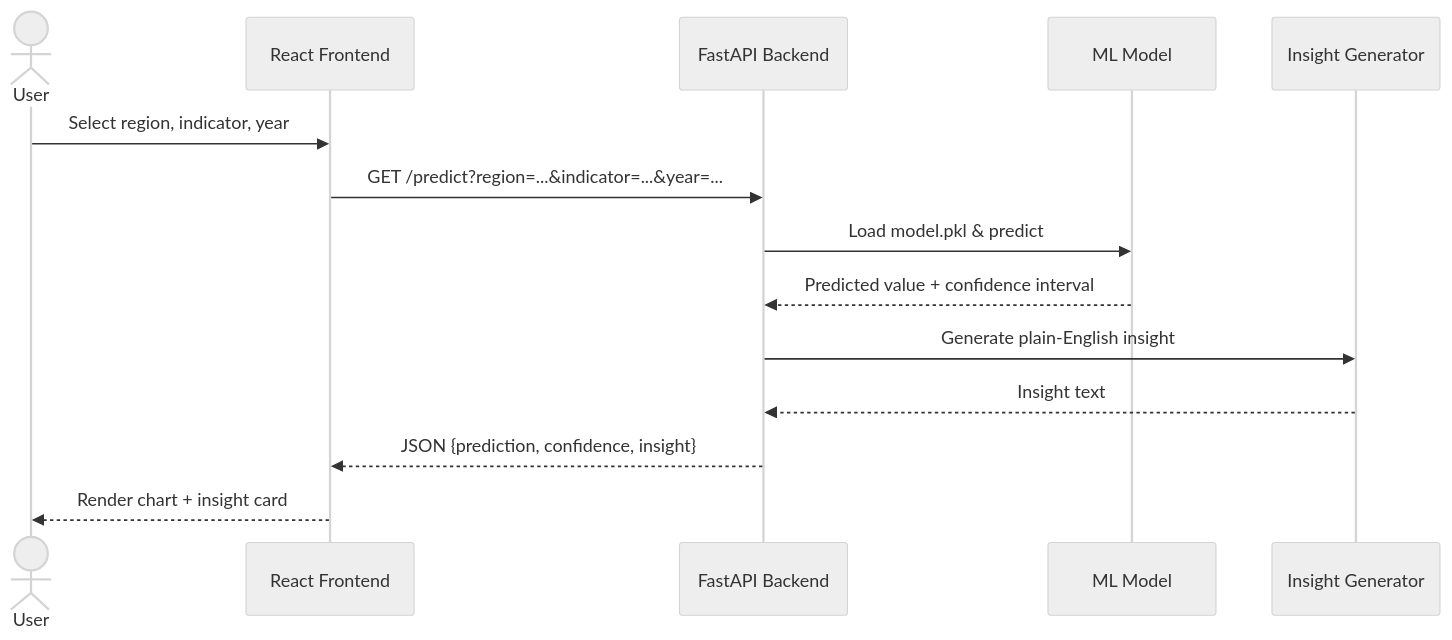
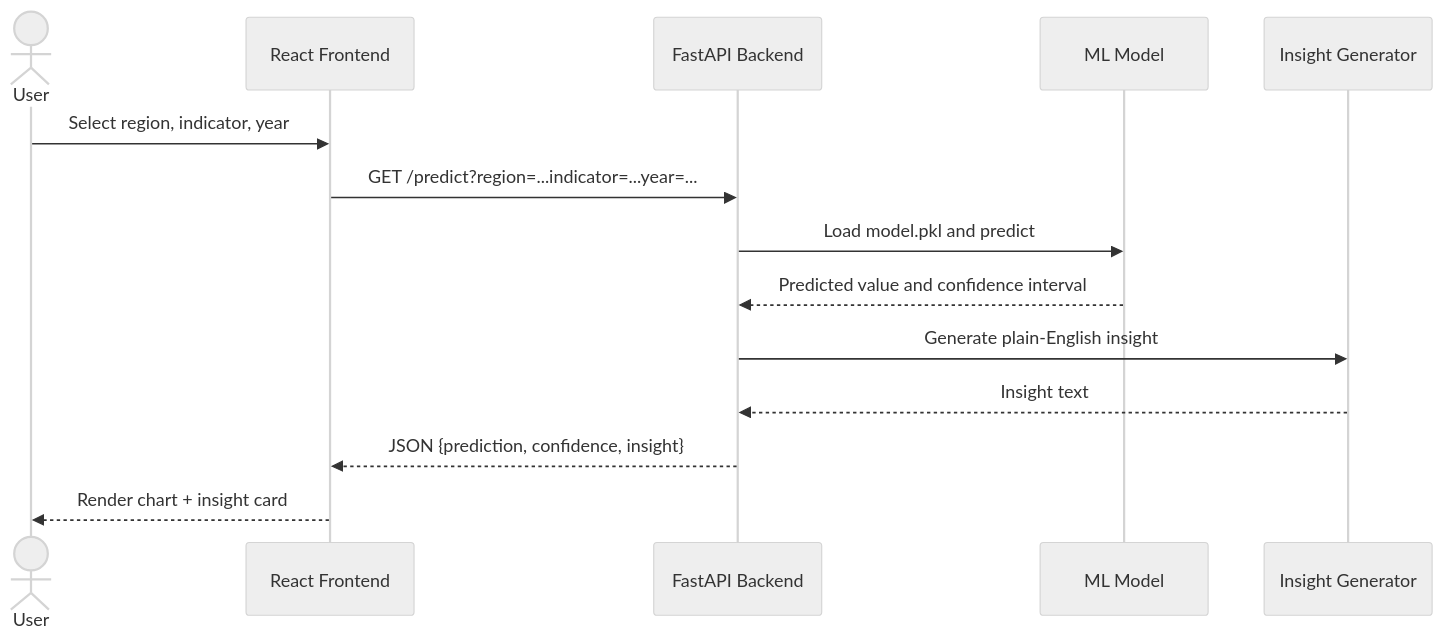
Before and after one commit to ukProject111/terra: the third of 3 diagrams in README.md, drawn with Mermaid (neutral theme). The commit also changed other lines of this file, not shown here.

Commit message:
Fix mermaid diagram syntax for GitHub rendering

````diff
--- a/README.md
+++ b/README.md
@@ -86,17 +92,17 @@
 ```mermaid
 sequenceDiagram
     actor User
     participant Frontend as React Frontend
     participant API as FastAPI Backend
     participant Model as ML Model
     participant Insights as Insight Generator
 
     User->>Frontend: Select region, indicator, year
-    Frontend->>API: GET /predict?region=...&indicator=...&year=...
-    API->>Model: Load model.pkl & predict
-    Model-->>API: Predicted value + confidence interval
+    Frontend->>API: GET /predict?region=...indicator=...year=...
+    API->>Model: Load model.pkl and predict
+    Model-->>API: Predicted value and confidence interval
     API->>Insights: Generate plain-English insight
     Insights-->>API: Insight text
     API-->>Frontend: JSON {prediction, confidence, insight}
     Frontend-->>User: Render chart + insight card
 ```
````
